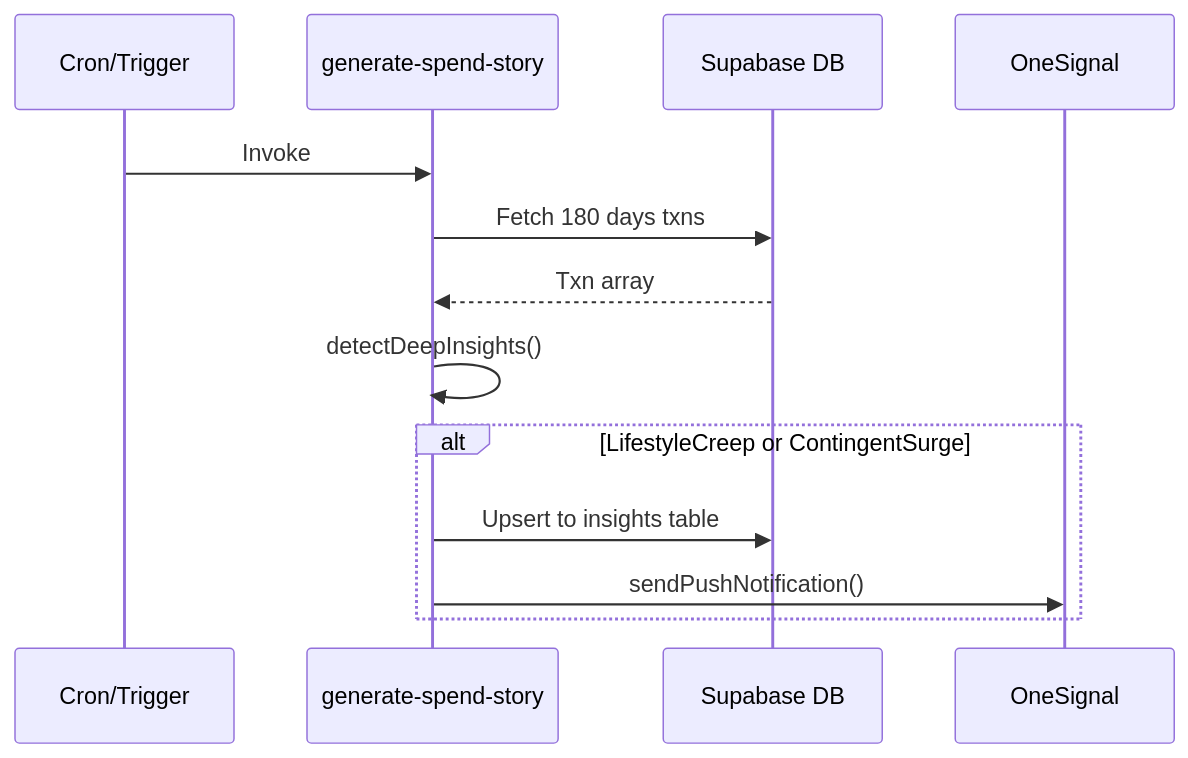
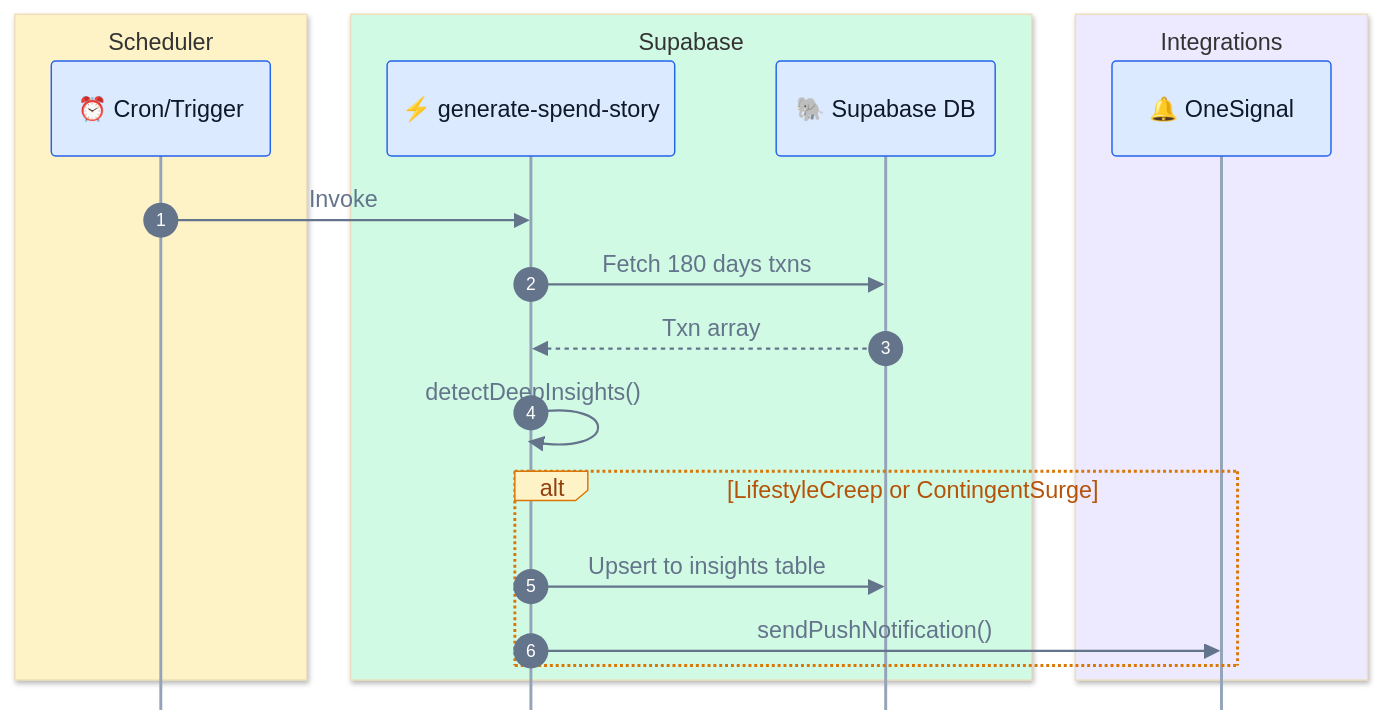
Before and after one commit to Adamya-Varshney/Pocket: the fourth of 10 diagrams in README.md, drawn with Mermaid. The commit also changed other lines of this file, not shown here.

First line of the commit message:
docs(readme): restyle diagrams with a bright, sharp visual theme (#4)

````diff
--- a/README.md
+++ b/README.md
@@ -146,16 +158,24 @@
 ```mermaid
+%%{init: {"theme":"base","themeVariables":{"fontFamily":"Inter, Segoe UI, Helvetica Neue, Arial, sans-serif","fontSize":"14px","actorBkg":"#DBEAFE","actorBorder":"#2563EB","actorTextColor":"#0F172A","actorLineColor":"#94A3B8","signalColor":"#64748B","signalTextColor":"#64748B","labelBoxBkgColor":"#FEF3C7","labelBoxBorderColor":"#D97706","labelTextColor":"#92400E","loopTextColor":"#B45309","noteBkgColor":"#FEF3C7","noteBorderColor":"#D97706","noteTextColor":"#0F172A","activationBkgColor":"#EDE9FE","activationBorderColor":"#7C3AED","sequenceNumberColor":"#FFFFFF"},"sequence":{"mirrorActors":false,"actorMargin":60,"boxMargin":10,"messageAlign":"center"}}}%%
 sequenceDiagram
-    participant Cron as Cron/Trigger
-    participant Edge as generate-spend-story
-    participant DB as Supabase DB
-    participant OneSignal
-    
+    autonumber
+    box rgb(254,243,199) Scheduler
+        participant Cron as ⏰ Cron/Trigger
+    end
+    box rgb(209,250,229) Supabase
+        participant Edge as ⚡ generate-spend-story
+        participant DB as 🐘 Supabase DB
+    end
+    box rgb(237,233,254) Integrations
+        participant OneSignal as 🔔 OneSignal
+    end
+
     Cron->>Edge: Invoke
     Edge->>DB: Fetch 180 days txns
     DB-->>Edge: Txn array
     Edge->>Edge: detectDeepInsights()
     alt LifestyleCreep or ContingentSurge
         Edge->>DB: Upsert to insights table
         Edge->>OneSignal: sendPushNotification()
     end
 ```
````
